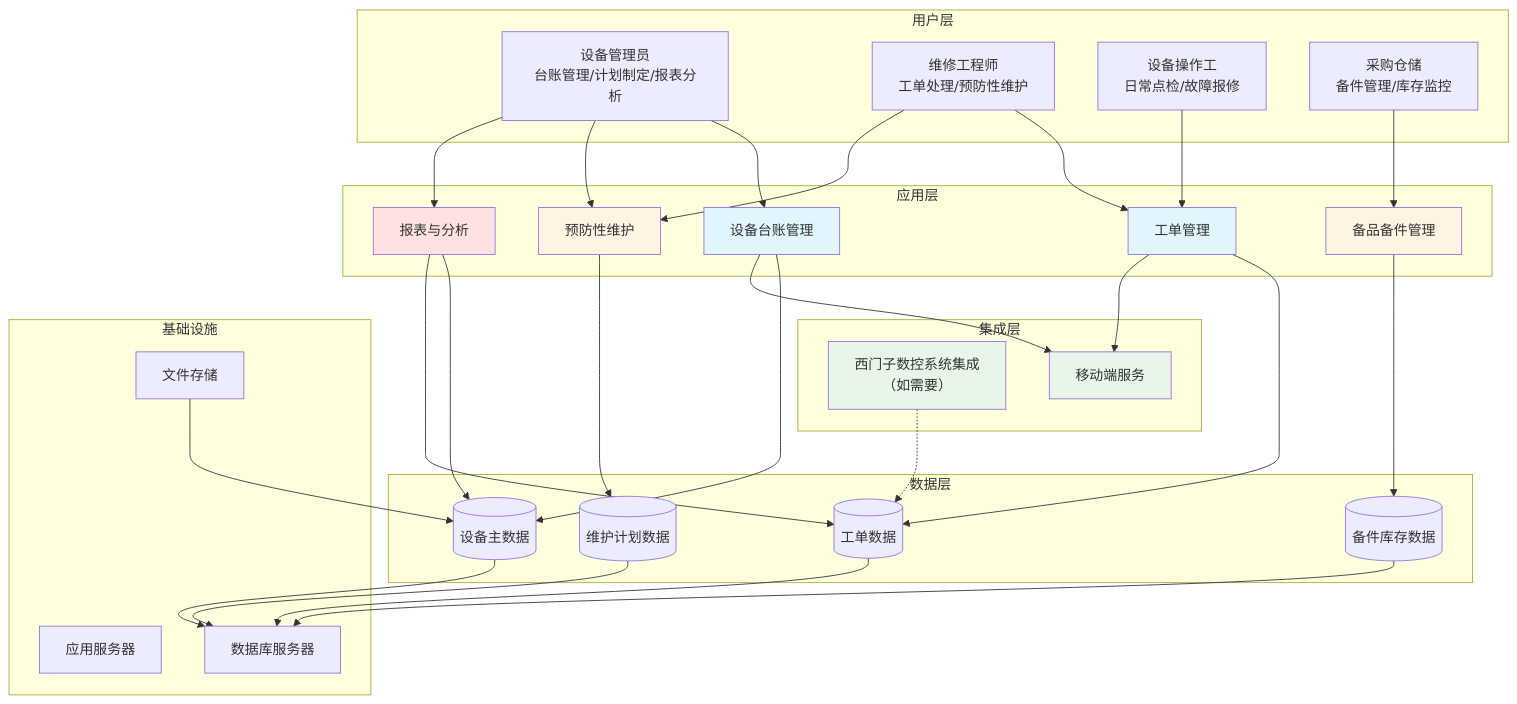
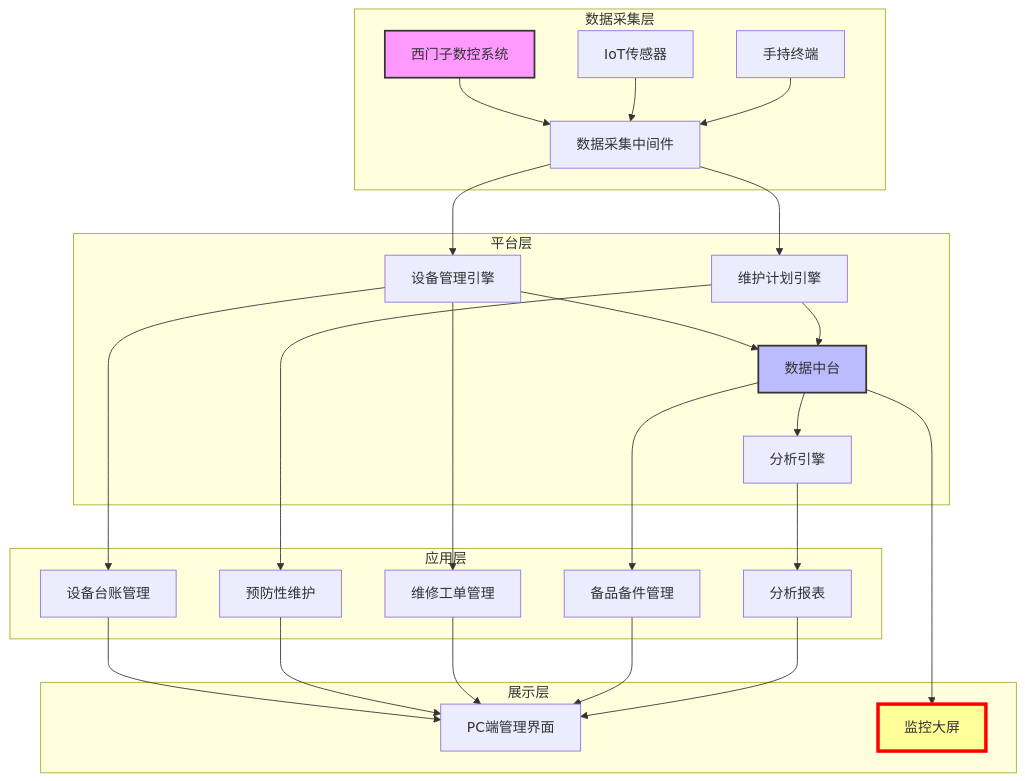
The diagram in docs/plan/solution.md (daemgo/syncmind-mn6zfe1v), drawn with Mermaid before and after one commit. The commit also changed other lines of this file and 1 other file, not shown here.

````diff
--- a/docs/plan/solution.md
+++ b/docs/plan/solution.md
@@ -84,69 +89,38 @@
 ```mermaid
 graph TB
-    subgraph 用户层
-        A1[设备管理员<br/>台账管理/计划制定/报表分析]
-        A2[维修工程师<br/>工单处理/预防性维护]
-        A3[设备操作工<br/>日常点检/故障报修]
-        A4[采购仓储<br/>备件管理/库存监控]
+    subgraph 数据采集层
+        A[西门子数控系统] --> B[数据采集中间件]
+        C[IoT传感器] --> B
+        D[手持终端] --> B
+    end
+
+    subgraph 平台层
+        B --> E[设备管理引擎]
+        B --> F[维护计划引擎]
+        E --> G[数据中台]
+        F --> G
+        G --> H[分析引擎]
     end
 
     subgraph 应用层
-        B1[设备台账管理]
-        B2[工单管理]
-        B3[预防性维护]
-        B4[备品备件管理]
-        B5[报表与分析]
+        E --> I[设备台账管理]
+        F --> J[预防性维护]
+        E --> K[维修工单管理]
+        G --> L[备品备件管理]
+        H --> M[分析报表]
     end
 
-    subgraph 集成层
-        C1[西门子数控系统集成<br/>（如需要）]
-        C2[移动端服务]
+    subgraph 展示层
+        I --> N[PC端管理界面]
+        J --> N
+        K --> N
+        L --> N
+        M --> N
+        G --> O[监控大屏]
     end
 
-    subgraph 数据层
-        D1[(设备主数据)]
-        D2[(工单数据)]
-        D3[(维护计划数据)]
-        D4[(备件库存数据)]
-    end
-
-    subgraph 基础设施
-        E1[应用服务器]
-        E2[数据库服务器]
-        E3[文件存储]
-    end
-
-    A1 --> B1
-    A1 --> B3
-    A1 --> B5
-    A2 --> B2
-    A2 --> B3
-    A3 --> B2
-    A4 --> B4
-
-    B1 --> D1
-    B2 --> D2
-    B3 --> D3
-    B4 --> D4
-    B5 --> D1
-    B5 --> D2
-
-    B1 --> C2
-    B2 --> C2
-
-    C1 -.-> D2
-
-    D1 --> E2
-    D2 --> E2
-    D3 --> E2
-    D4 --> E2
-    E3 --> D1
-
-    style B1 fill:#e1f5ff
-    style B2 fill:#e1f5ff
-    style B3 fill:#fff4e1
-    style B4 fill:#fff4e1
-    style B5 fill:#ffe1e1
-    style C1 fill:#e8f5e9
-    style C2 fill:#e8f5e9
+    style A fill:#f9f,stroke:#333,stroke-width:2px
+    style O fill:#ff9,stroke:#333,stroke-width:3px
+    style G fill:#bbf,stroke:#333,stroke-width:2px
+    style O stroke:#f00,stroke-width:4px
 ```
````
